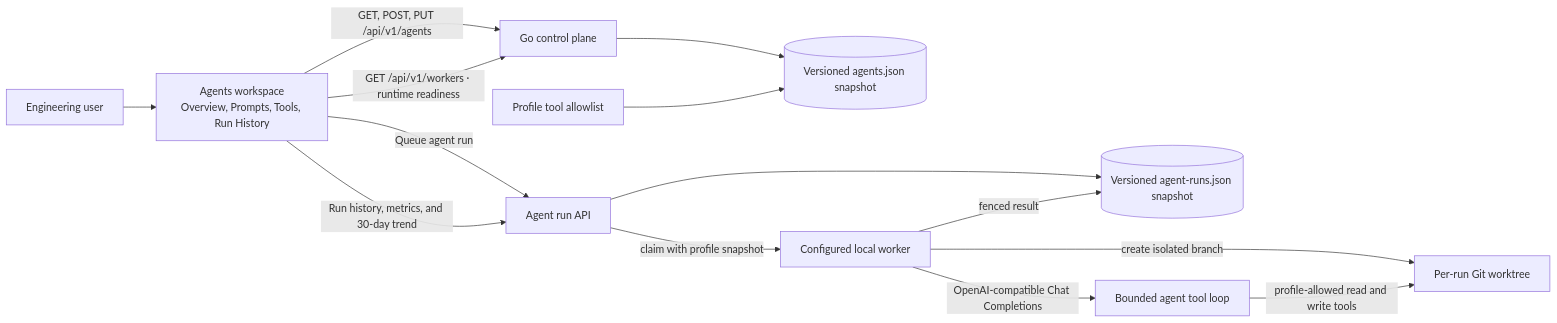
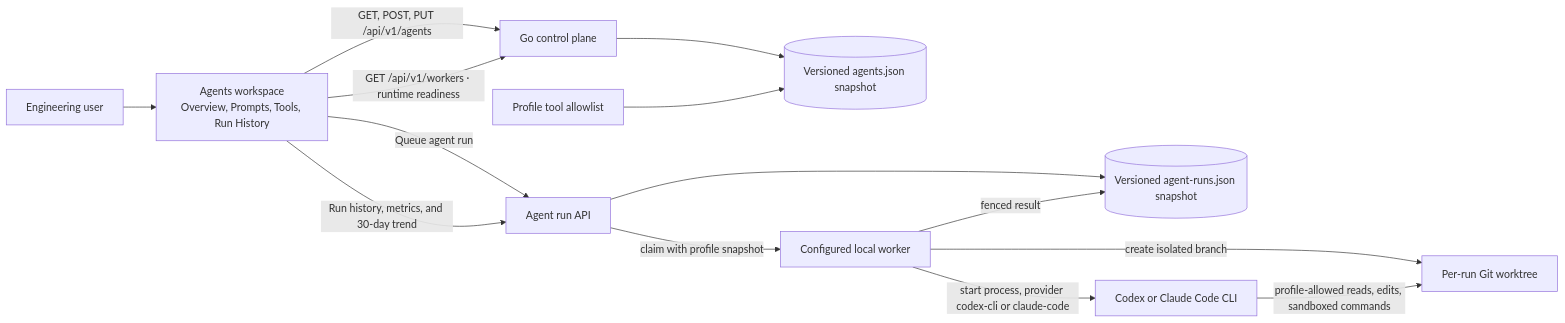
Before and after one commit to bogdaniel/zenchron-engineering-os: the diagram in docs/features/agent-profiles.md, drawn with Mermaid. The commit also changed 16 other files, not shown here.

First line of the commit message:
docs: record the removal of the chat loop and the worktree queue

````diff
--- a/docs/features/agent-profiles.md
+++ b/docs/features/agent-profiles.md
@@ -41,16 +41,16 @@
 ```mermaid
 flowchart LR
     User[Engineering user] --> Dashboard[Agents workspace]
     Dashboard[Agents workspace<br/>Overview, Prompts, Tools, Run History] -->|GET, POST, PUT /api/v1/agents| API[Go control plane]
     Dashboard -->|GET /api/v1/workers · runtime readiness| API
     Dashboard -->|Queue agent run| Runs[Agent run API]
     API --> Store[(Versioned agents.json snapshot)]
     Runs --> RunStore[(Versioned agent-runs.json snapshot)]
     Dashboard -->|Run history, metrics, and 30-day trend| Runs
     Tools[Profile tool allowlist] --> Store
     Runs -->|claim with profile snapshot| Worker[Configured local worker]
-    Worker -->|OpenAI-compatible Chat Completions| Harness[Bounded agent tool loop]
+    Worker -->|start process, provider codex-cli or claude-code| Harness[Codex or Claude Code CLI]
     Worker -->|create isolated branch| Worktree[Per-run Git worktree]
-    Harness -->|profile-allowed read and write tools| Worktree
+    Harness -->|profile-allowed reads, edits, sandboxed commands| Worktree
     Worker -->|fenced result| RunStore
 ```
````
